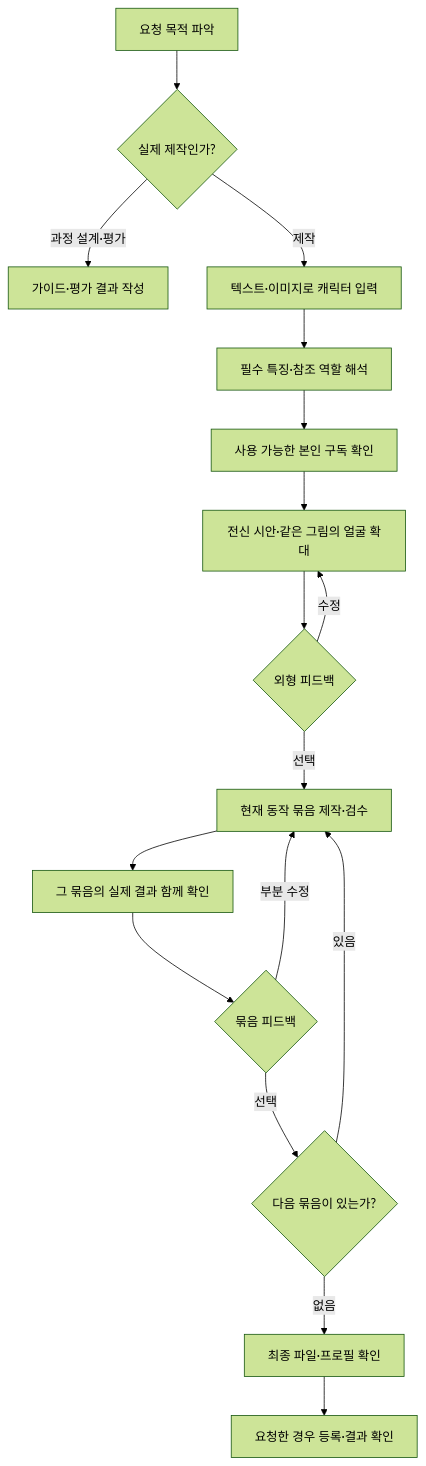
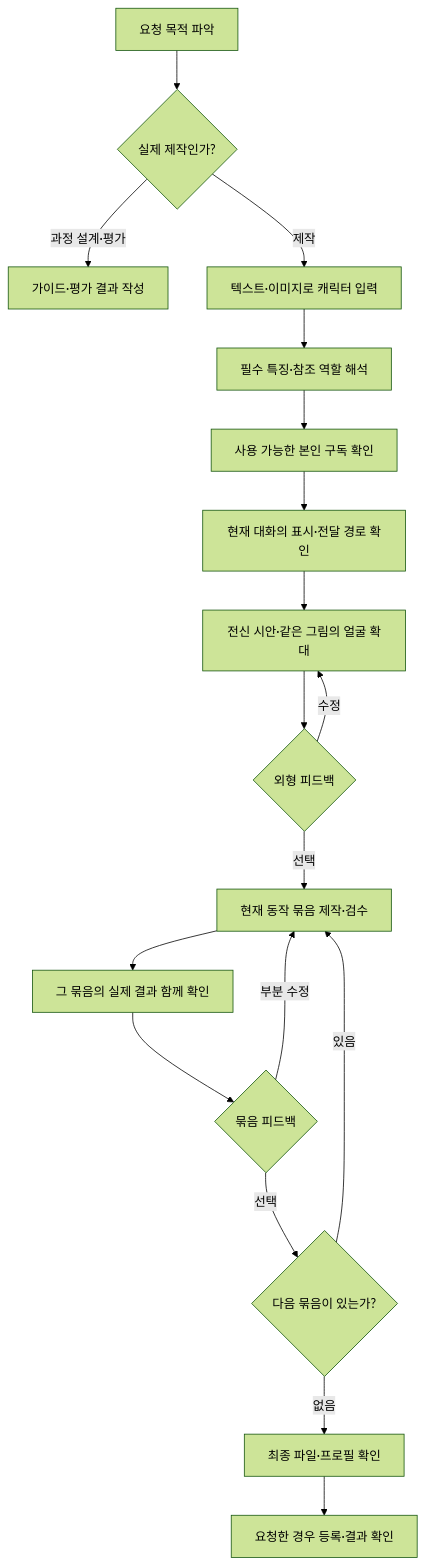
The diagram in docs/CREATION-UX.md (jeonghwanko/ai-fighter-dots-starter), drawn with Mermaid (forest theme) before and after one commit. The commit also changed other lines of this file and 9 other files, not shown here.

````diff
--- a/docs/CREATION-UX.md
+++ b/docs/CREATION-UX.md
@@ -7,19 +7,20 @@
 ```mermaid
 flowchart TD
     A[요청 목적 파악] --> B{실제 제작인가?}
     B -->|과정 설계·평가| C[가이드·평가 결과 작성]
     B -->|제작| D[텍스트·이미지로 캐릭터 입력]
     D --> E[필수 특징·참조 역할 해석]
     E --> F[사용 가능한 본인 구독 확인]
-    F --> G[전신 시안·같은 그림의 얼굴 확대]
+    F --> P[현재 대화의 표시·전달 경로 확인]
+    P --> G[전신 시안·같은 그림의 얼굴 확대]
     G --> H{외형 피드백}
     H -->|수정| G
     H -->|선택| I[현재 동작 묶음 제작·검수]
     I --> J[그 묶음의 실제 결과 함께 확인]
     J --> M{묶음 피드백}
     M -->|부분 수정| I
     M -->|선택| N{다음 묶음이 있는가?}
     N -->|있음| I
     N -->|없음| K[최종 파일·프로필 확인]
     K --> L[요청한 경우 등록·결과 확인]
 ```
````
